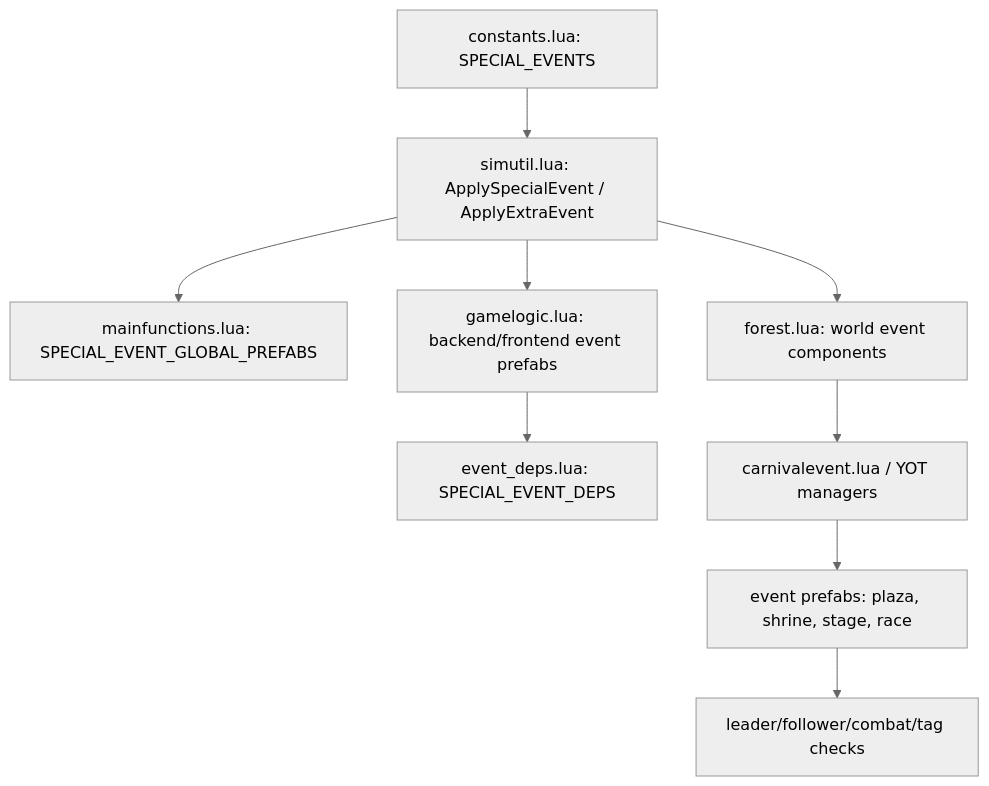
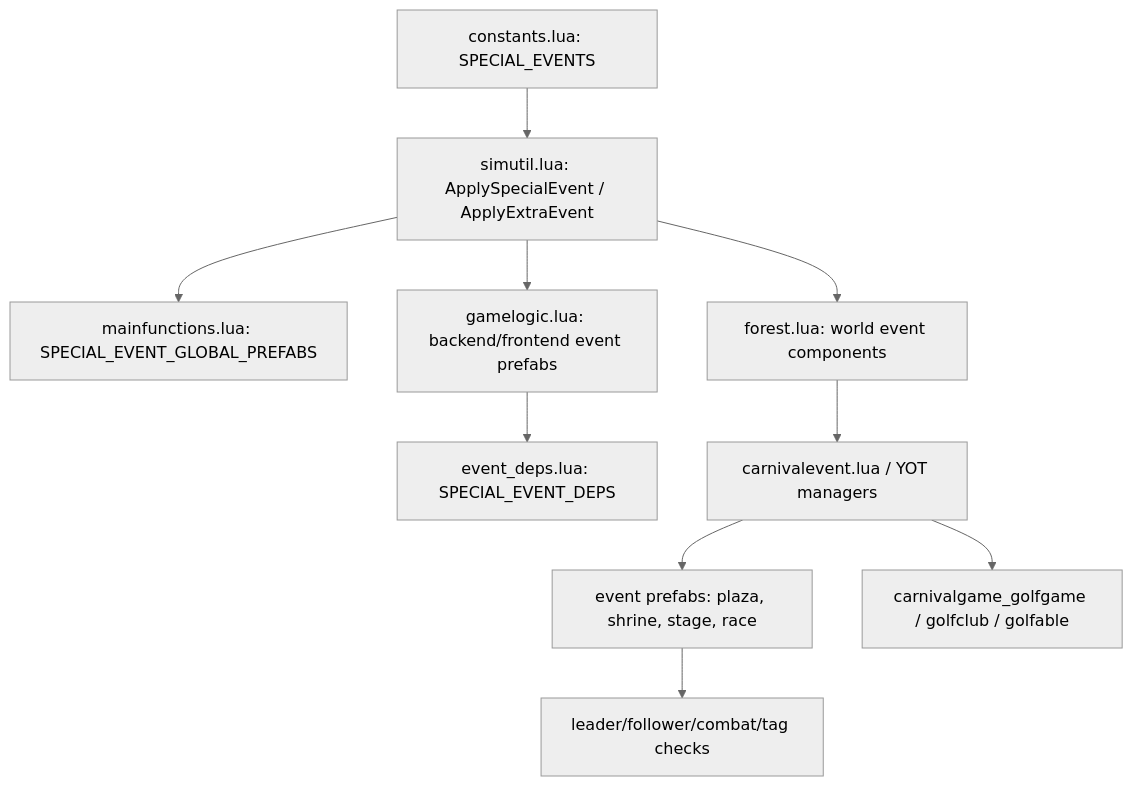
One commit to LetsStarveTogether/dst-scripts-index changed the diagram in 0x6000-gameplay-systems/0x6300-items-crafting-events/0x6303-events-factions.md. Above: the diagram before and after it, drawn with Mermaid (neutral theme). The commit also changed other lines of this file and 8 other files, not shown here.

```diff
--- a/0x6000-gameplay-systems/0x6300-items-crafting-events/0x6303-events-factions.md
+++ b/0x6000-gameplay-systems/0x6300-items-crafting-events/0x6303-events-factions.md
@@ -53,12 +56,13 @@
 ~~~mermaid
 flowchart TD
     A["constants.lua: SPECIAL_EVENTS"]
     A --> B["simutil.lua: ApplySpecialEvent / ApplyExtraEvent"]
     B --> C["mainfunctions.lua: SPECIAL_EVENT_GLOBAL_PREFABS"]
     B --> D["gamelogic.lua: backend/frontend event prefabs"]
     D --> E["event_deps.lua: SPECIAL_EVENT_DEPS"]
     B --> F["forest.lua: world event components"]
     F --> G["carnivalevent.lua / YOT managers"]
     G --> H["event prefabs: plaza, shrine, stage, race"]
     H --> I["leader/follower/combat/tag checks"]
+    G --> J["carnivalgame_golfgame / golfclub / golfable"]
 ~~~
```
